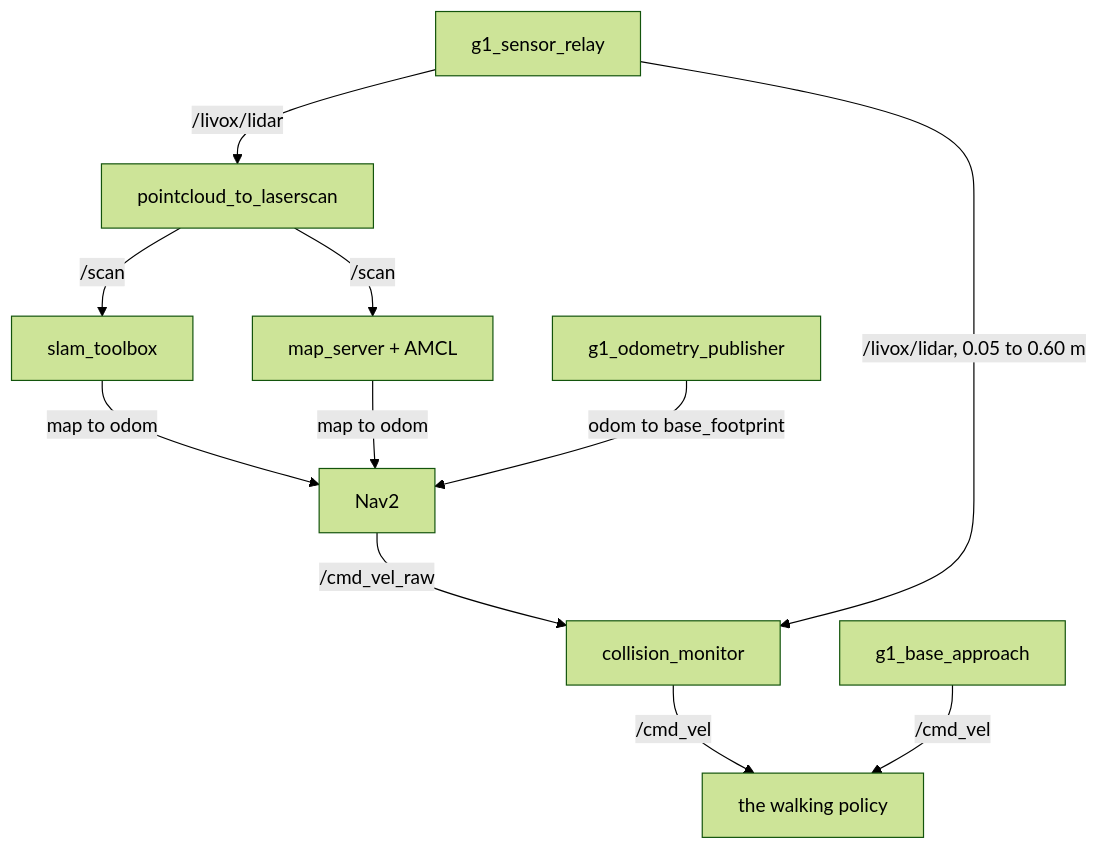
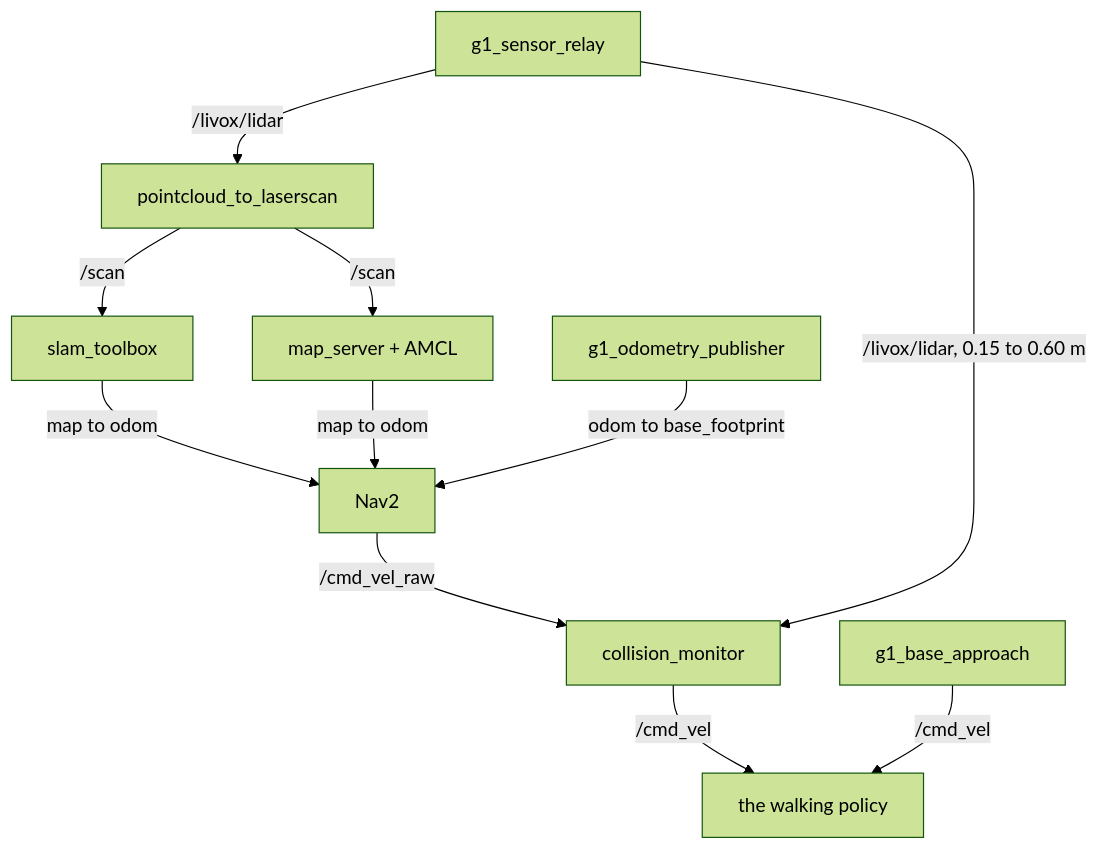
Before and after one commit to Adyansh04/grove-g1: the diagram in workspace/src/g1_navigation/README.md, drawn with Mermaid (forest theme). The commit also changed other lines of this file and 1 other file, not shown here.

````diff
--- a/workspace/src/g1_navigation/README.md
+++ b/workspace/src/g1_navigation/README.md
@@ -8,13 +8,13 @@
 ```mermaid
 flowchart TB
     RELAY["g1_sensor_relay"] -- "/livox/lidar" --> SCAN["pointcloud_to_laserscan"]
     SCAN -- "/scan" --> SLAM["slam_toolbox"]
     SCAN -- "/scan" --> AMCL["map_server + AMCL"]
     SLAM -- "map to odom" --> NAV2
     AMCL -- "map to odom" --> NAV2
     ODOM["g1_odometry_publisher"] -- "odom to base_footprint" --> NAV2
     NAV2["Nav2"] -- "/cmd_vel_raw" --> MON["collision_monitor"]
-    RELAY -- "/livox/lidar, 0.05 to 0.60 m" --> MON
+    RELAY -- "/livox/lidar, 0.15 to 0.60 m" --> MON
     MON -- "/cmd_vel" --> POL["the walking policy"]
     APPR["g1_base_approach"] -- "/cmd_vel" --> POL
 ```
````
